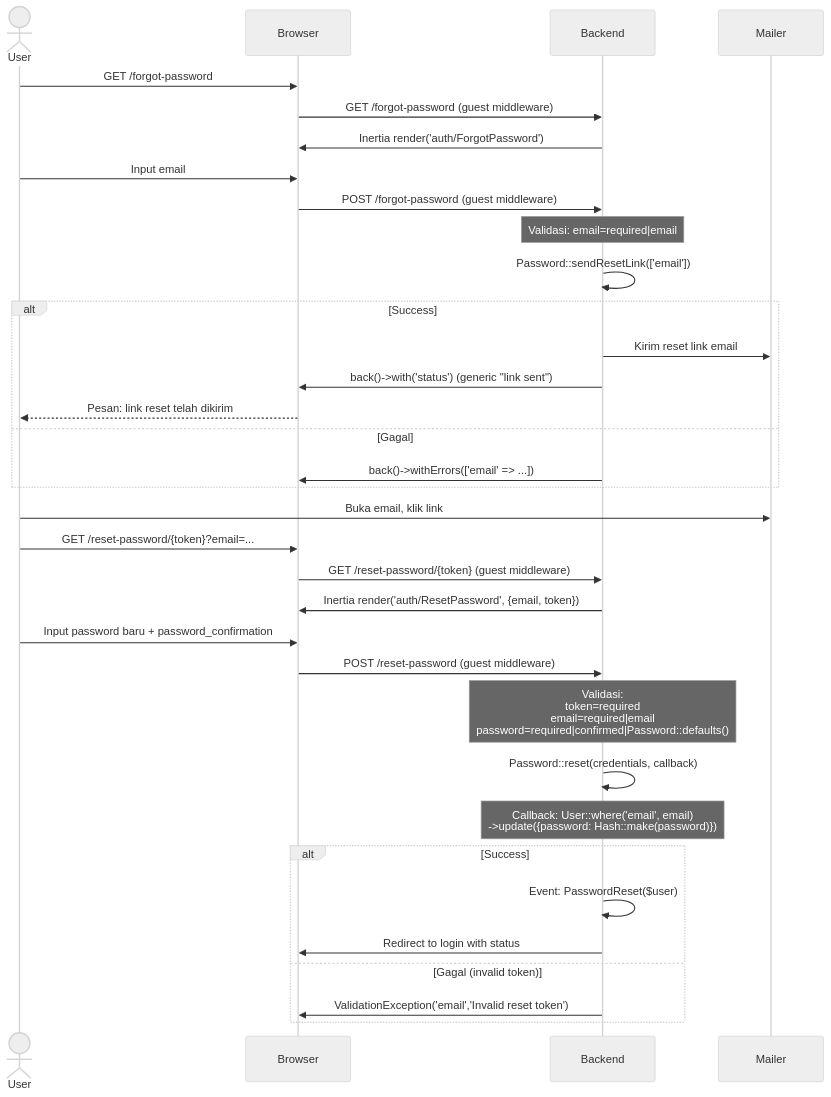
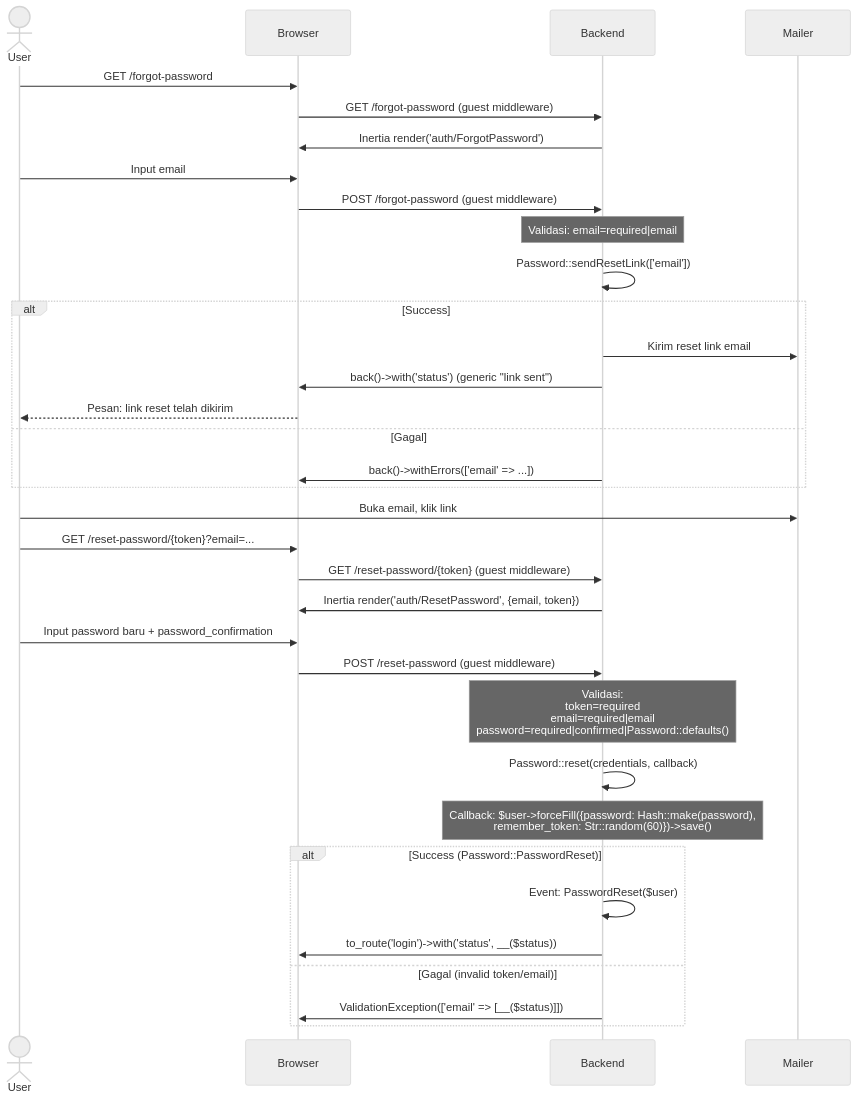
The diagram in docs/auth/password-reset.md (priamitra273/laptoplain), drawn with Mermaid (neutral theme) before and after one commit. The commit also changed 14 other files, not shown here.

````diff
--- a/docs/auth/password-reset.md
+++ b/docs/auth/password-reset.md
@@ -7,46 +7,46 @@
 ```mermaid
 sequenceDiagram
     actor User
     participant Browser
     participant Backend
     participant Mailer
 
     User->>Browser: GET /forgot-password
     Browser->>Backend: GET /forgot-password (guest middleware)
     Backend->>Browser: Inertia render('auth/ForgotPassword')
 
     User->>Browser: Input email
     Browser->>Backend: POST /forgot-password (guest middleware)
 
     Note over Backend: Validasi: email=required|email
 
     Backend->>Backend: Password::sendResetLink(['email'])
 
     alt Success
         Backend->>Mailer: Kirim reset link email
         Backend->>Browser: back()->with('status') (generic "link sent")
         Browser-->>User: Pesan: link reset telah dikirim
     else Gagal
         Backend->>Browser: back()->withErrors(['email' => ...])
     end
 
     User->>Mailer: Buka email, klik link
     User->>Browser: GET /reset-password/{token}?email=...
     Browser->>Backend: GET /reset-password/{token} (guest middleware)
     Backend->>Browser: Inertia render('auth/ResetPassword', {email, token})
 
     User->>Browser: Input password baru + password_confirmation
     Browser->>Backend: POST /reset-password (guest middleware)
 
     Note over Backend: Validasi:<br/>token=required<br/>email=required|email<br/>password=required|confirmed|Password::defaults()
 
     Backend->>Backend: Password::reset(credentials, callback)
-    Note over Backend: Callback: User::where('email', email)<br/>->update({password: Hash::make(password)})
+    Note over Backend: Callback: $user->forceFill({password: Hash::make(password),<br/>remember_token: Str::random(60)})->save()
 
-    alt Success
+    alt Success (Password::PasswordReset)
         Backend->>Backend: Event: PasswordReset($user)
-        Backend->>Browser: Redirect to login with status
-    else Gagal (invalid token)
-        Backend->>Browser: ValidationException('email','Invalid reset token')
+        Backend->>Browser: to_route('login')->with('status', __($status))
+    else Gagal (invalid token/email)
+        Backend->>Browser: ValidationException(['email' => [__($status)]])
     end
 ```
````
